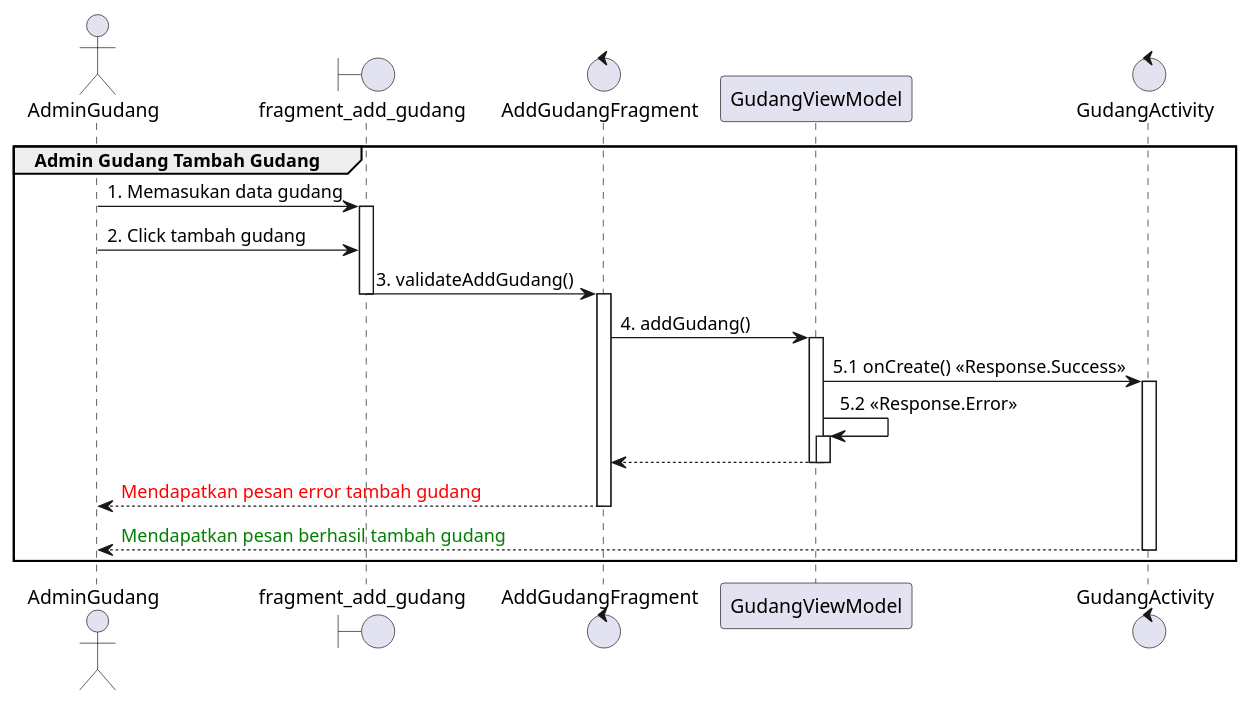
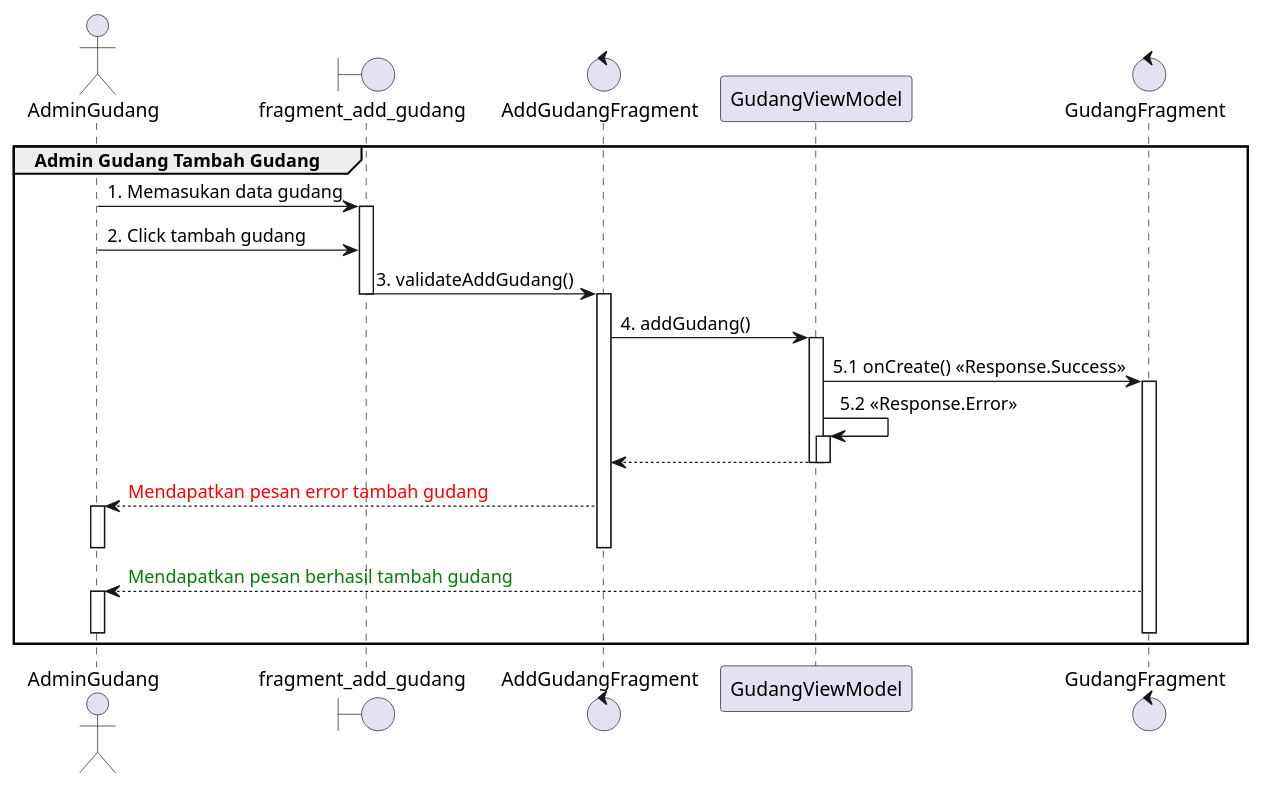
Before and after one commit to Pangeranmw/BurdaContractorAndroid: the diagram in app/src/main/java/com/android/burdacontractor/diagram/sequencediagram/TambahGudangSequence.puml, drawn with PlantUML. The commit also changed 33 other files, not shown here.

Commit message:
Sequence Diagram Done

```diff
--- a/app/src/main/java/com/android/burdacontractor/diagram/sequencediagram/TambahGudangSequence.puml
+++ b/app/src/main/java/com/android/burdacontractor/diagram/sequencediagram/TambahGudangSequence.puml
@@ -1,36 +1,40 @@
 @startuml
 'https://plantuml.com/sequence-diagram
 
 group Admin Gudang Tambah Gudang
     actor       AdminGudang
     boundary    fragment_add_gudang
     control     AddGudangFragment
 
     AdminGudang -> fragment_add_gudang : 1. Memasukan data gudang
     activate fragment_add_gudang
     AdminGudang -> fragment_add_gudang : 2. Click tambah gudang
 
     fragment_add_gudang -> AddGudangFragment : 3. validateAddGudang()
     deactivate fragment_add_gudang
 
     activate AddGudangFragment
     AddGudangFragment -> GudangViewModel : 4. addGudang()
     activate GudangViewModel
 
-    control GudangActivity
-    GudangViewModel -> GudangActivity : 5.1 onCreate() <<Response.Success>>
-    activate GudangActivity
+    control GudangFragment
+    GudangViewModel -> GudangFragment : 5.1 onCreate() <<Response.Success>>
+    activate GudangFragment
 
     GudangViewModel -> GudangViewModel : 5.2 <<Response.Error>>
     activate GudangViewModel
     AddGudangFragment <-- GudangViewModel
     deactivate GudangViewModel
     deactivate GudangViewModel
 
     AdminGudang <-- AddGudangFragment : <font color=red>Mendapatkan pesan error tambah gudang
+    activate AdminGudang
+    deactivate AdminGudang
     deactivate AddGudangFragment
 
-    AdminGudang <-- GudangActivity :  <font color=green>Mendapatkan pesan berhasil tambah gudang
-    deactivate GudangActivity
+    AdminGudang <-- GudangFragment :  <font color=green>Mendapatkan pesan berhasil tambah gudang
+    activate AdminGudang
+    deactivate AdminGudang
+    deactivate GudangFragment
 end
 @enduml
```
